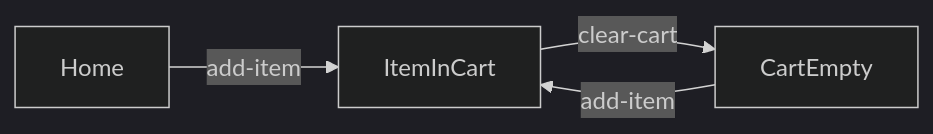
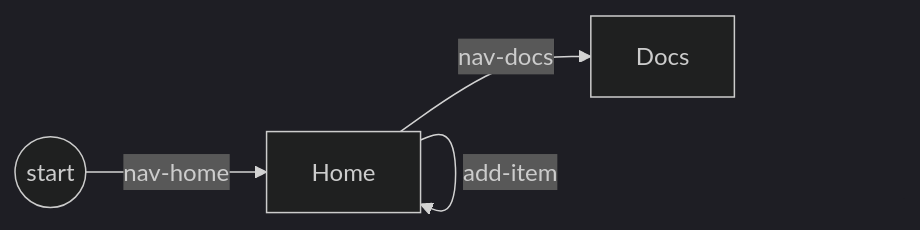
Before and after one commit to deviate-dv8/waygraph: the diagram in docs/guides/blocks.md, drawn with Mermaid (dark theme). The commit also changed other lines of this file and 36 other files, not shown here.

````diff
--- a/docs/guides/blocks.md
+++ b/docs/guides/blocks.md
@@ -5,6 +5,6 @@
 ```mermaid
 graph LR
-  A[Home] -->|add-item| B[ItemInCart]
-  B -->|clear-cart| C[CartEmpty]
-  C -->|add-item| B
+  S((start)) -->|nav-home| A[Home]
+  A -->|add-item| A
+  A -->|nav-docs| D[Docs]
 ```
````
